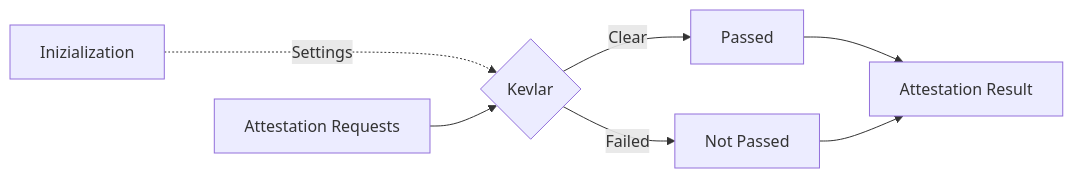
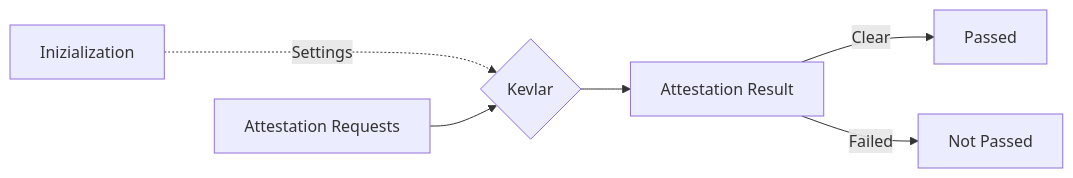
The diagram in README.md (kevlar-kt/kevlar), drawn with Mermaid before and after one commit. The commit also changed other lines of this file and 9 other files, not shown here.

Commit message:
Docs update: added details, improved graphs and finished reference

````diff
--- a/README.md
+++ b/README.md
@@ -69,9 +70,8 @@
 ``` mermaid
 graph LR
   I[Inizialization] -.Settings..-> K{Kevlar};
   AREQ[Attestation Requests] --> K
-  K --> |Clear| P[Passed];
-  K --> |Failed| NP[Not Passed];
-  P --> ARES[Attestation Result]
-  NP --> ARES
+  K --> ARES[Attestation Result]
+  ARES --> |Clear| P[Passed];
+  ARES --> |Failed| NP[Not Passed];
 ```
````
